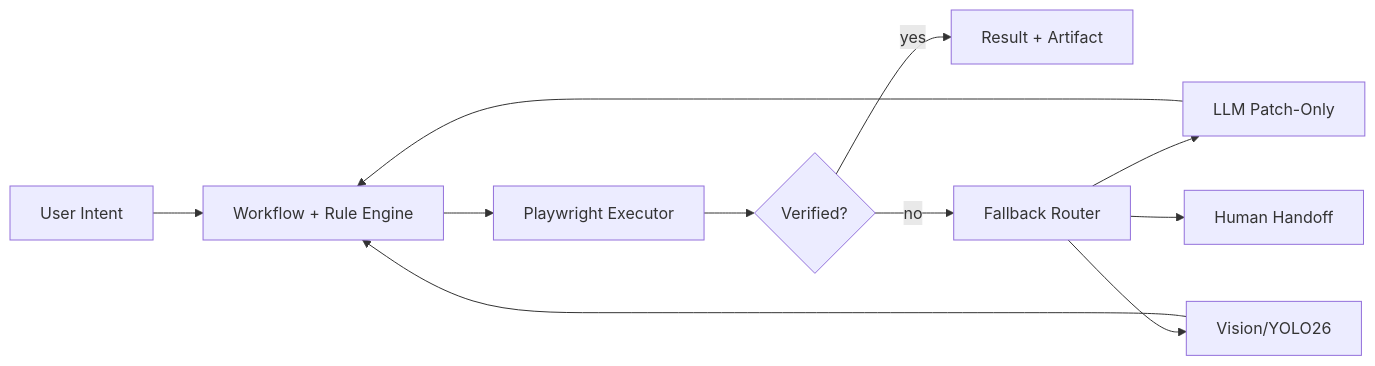
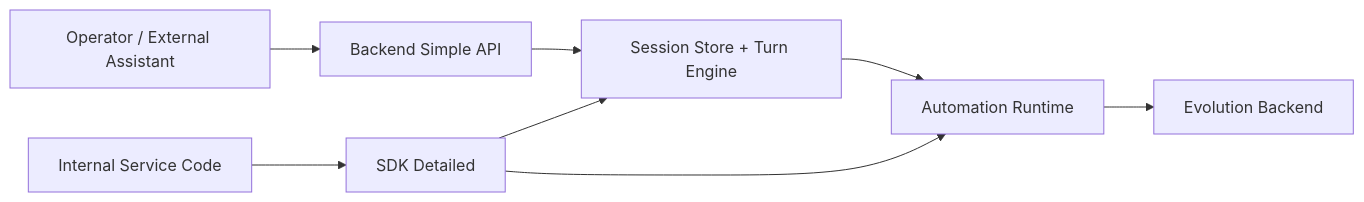
The diagram in README.md (jedikim/web-testing), drawn with Mermaid before and after one commit. The commit also changed other lines of this file and 28 other files, not shown here.

Commit message:
feat(runtime): add dual-mode backend session API and multiturn sdk

````diff
--- a/README.md
+++ b/README.md
@@ -23,13 +12,11 @@
 ```mermaid
 flowchart LR
-    U[User Intent] --> W[Workflow + Rule Engine]
-    W --> X[Playwright Executor]
-    X --> V{Verified?}
-    V -->|yes| R[Result + Artifact]
-    V -->|no| F[Fallback Router]
-    F --> L[LLM Patch-Only]
-    F --> Y[Vision/YOLO26]
-    F --> H[Human Handoff]
-    L --> W
-    Y --> W
+    U[Operator / External Assistant] --> B[Backend Simple API]
+    B --> S[Session Store + Turn Engine]
+    S --> A[Automation Runtime]
+    A --> E[Evolution Backend]
+
+    X[Internal Service Code] --> D[SDK Detailed]
+    D --> S
+    D --> A
 ```
````
